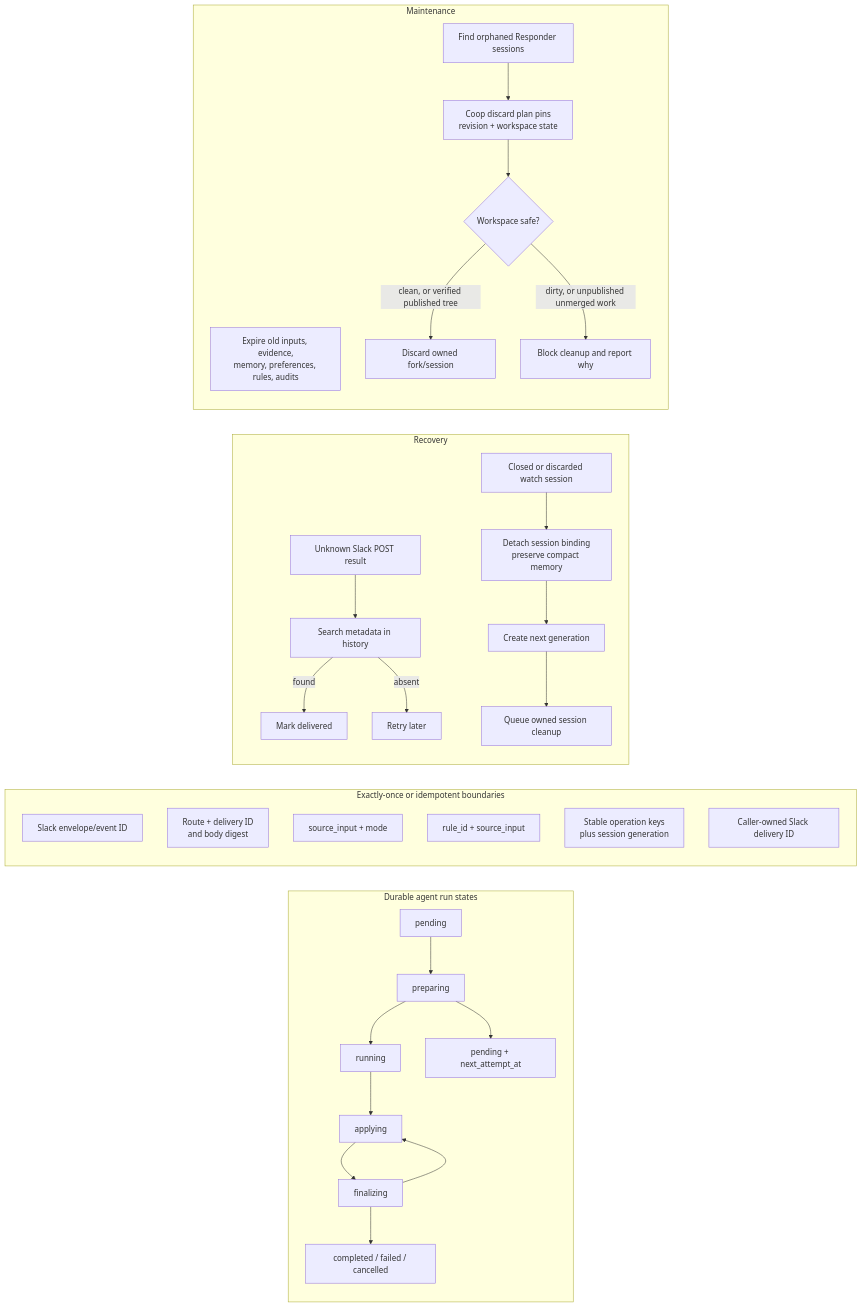
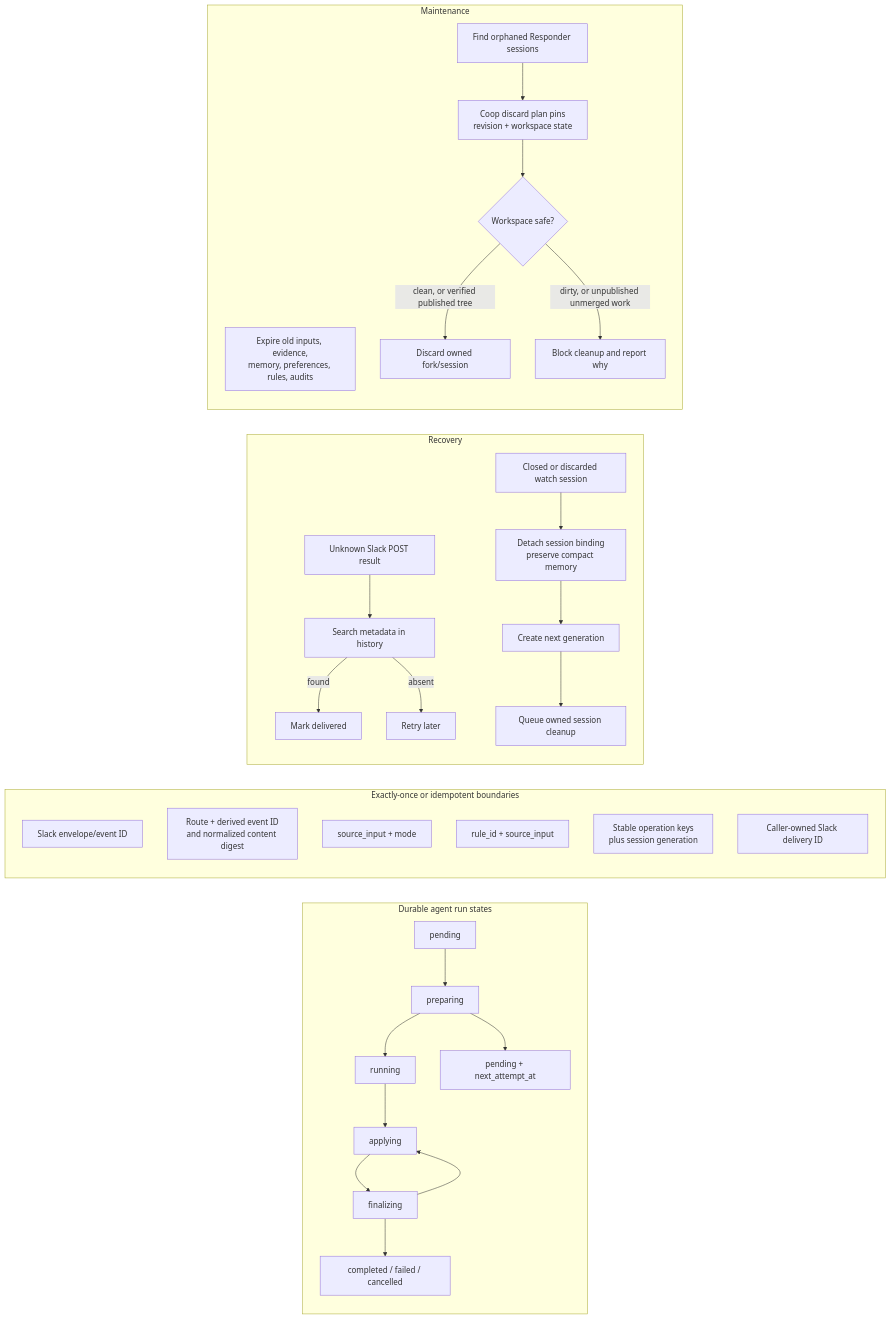
The tenth of 11 diagrams in docs/how-responder-works.md (AndrewDryga/ryker), drawn with Mermaid before and after one commit. The commit also changed 23 other files, not shown here.

````diff
--- a/docs/how-responder-works.md
+++ b/docs/how-responder-works.md
@@ -587,42 +587,42 @@
 ```mermaid
 flowchart LR
   subgraph Runs["Durable agent run states"]
     Pending["pending"] --> Preparing["preparing"]
     Preparing --> Running["running"]
     Running --> Applying["applying"]
     Applying --> Finalizing["finalizing"]
     Finalizing --> Done["completed / failed / cancelled"]
     Preparing --> Retry["pending + next_attempt_at"]
     Finalizing --> Applying
   end
 
   subgraph Once["Exactly-once or idempotent boundaries"]
     SlackOnce["Slack envelope/event ID"]
-    WebhookOnce["Route + delivery ID<br/>and body digest"]
+    WebhookOnce["Route + derived event ID<br/>and normalized content digest"]
     DecisionOnce["source_input + mode"]
     RuleOnce["rule_id + source_input"]
     CoopOnce["Stable operation keys<br/>plus session generation"]
     DeliveryOnce["Caller-owned Slack delivery ID"]
   end
 
   subgraph Recovery["Recovery"]
     LostSlack["Unknown Slack POST result"] --> SearchSlack["Search metadata in history"]
     SearchSlack -->|"found"| ConfirmPost["Mark delivered"]
     SearchSlack -->|"absent"| RetryPost["Retry later"]
     TerminalSession["Closed or discarded watch session"] --> Detach["Detach session binding<br/>preserve compact memory"]
     Detach --> NextGeneration["Create next generation"]
     NextGeneration --> CleanupQueue["Queue owned session cleanup"]
   end
 
   subgraph GC["Maintenance"]
     Expire["Expire old inputs, evidence,<br/>memory, preferences, rules, audits"]
     Reconcile["Find orphaned Responder sessions"]
     Plan["Coop discard plan pins<br/>revision + workspace state"]
     Guard{"Workspace safe?"}
     Discard["Discard owned fork/session"]
     Block["Block cleanup and report why"]
     Reconcile --> Plan --> Guard
     Guard -- "clean, or verified published tree" --> Discard
     Guard -- "dirty, or unpublished unmerged work" --> Block
   end
 ```
````
